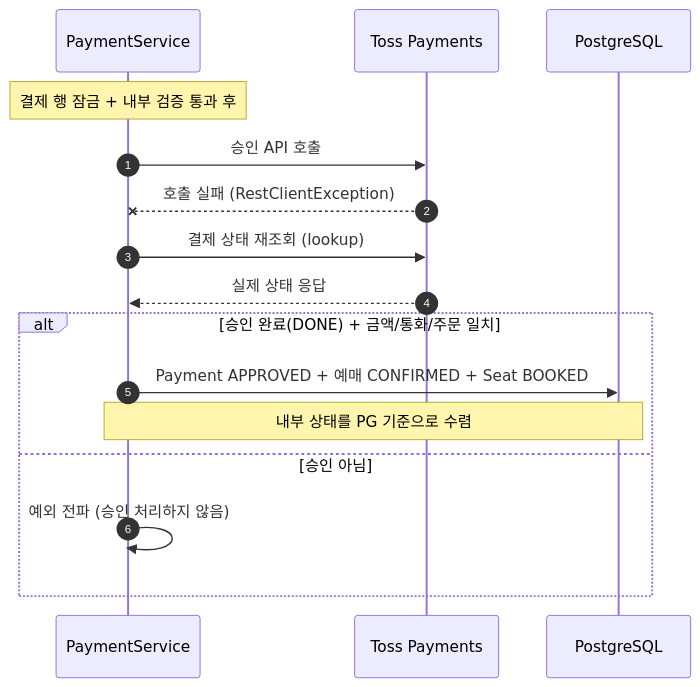
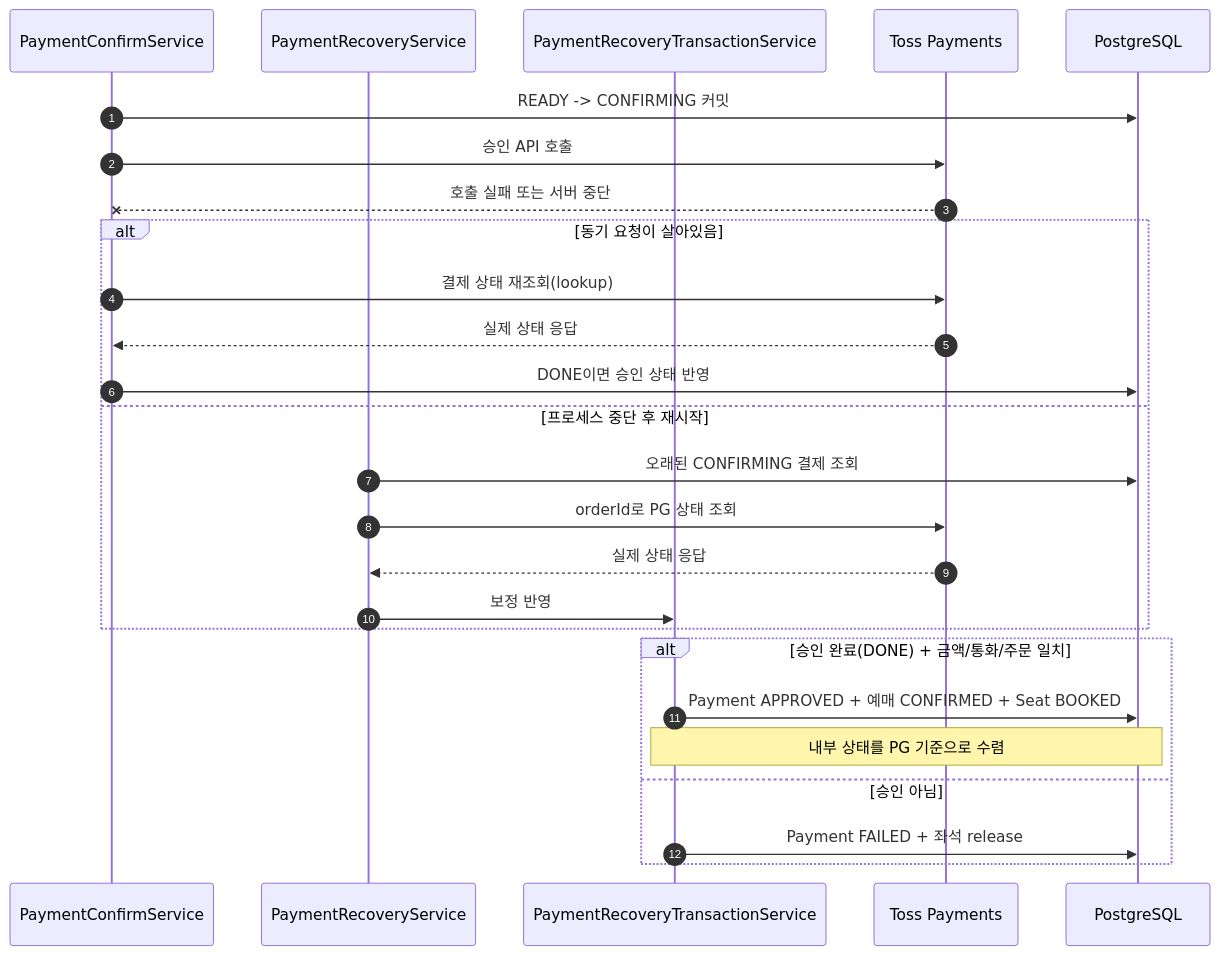
The second of 2 diagrams in README.md (jpjg-dev/ticket_be), drawn with Mermaid before and after one commit. The commit also changed other lines of this file and 8 other files, not shown here.

````diff
--- a/README.md
+++ b/README.md
@@ -139,20 +145,30 @@
 ```mermaid
 sequenceDiagram
     autonumber
-    participant Payment as PaymentService
+    participant Confirm as PaymentConfirmService
+    participant Recovery as PaymentRecoveryService
+    participant Tx as PaymentRecoveryTransactionService
     participant Toss as Toss Payments
     participant DB as PostgreSQL
 
-    Note over Payment: 결제 행 잠금 + 내부 검증 통과 후
-    Payment->>Toss: 승인 API 호출
-    Toss--xPayment: 호출 실패 (RestClientException)
-    Payment->>Toss: 결제 상태 재조회 (lookup)
-    Toss-->>Payment: 실제 상태 응답
+    Confirm->>DB: READY -> CONFIRMING 커밋
+    Confirm->>Toss: 승인 API 호출
+    Toss--xConfirm: 호출 실패 또는 서버 중단
+    alt 동기 요청이 살아있음
+        Confirm->>Toss: 결제 상태 재조회(lookup)
+        Toss-->>Confirm: 실제 상태 응답
+        Confirm->>DB: DONE이면 승인 상태 반영
+    else 프로세스 중단 후 재시작
+        Recovery->>DB: 오래된 CONFIRMING 결제 조회
+        Recovery->>Toss: orderId로 PG 상태 조회
+        Toss-->>Recovery: 실제 상태 응답
+        Recovery->>Tx: 보정 반영
+    end
 
     alt 승인 완료(DONE) + 금액/통화/주문 일치
-        Payment->>DB: Payment APPROVED + 예매 CONFIRMED + Seat BOOKED
-        Note over Payment,DB: 내부 상태를 PG 기준으로 수렴
+        Tx->>DB: Payment APPROVED + 예매 CONFIRMED + Seat BOOKED
+        Note over Tx,DB: 내부 상태를 PG 기준으로 수렴
     else 승인 아님
-        Payment->>Payment: 예외 전파 (승인 처리하지 않음)
+        Tx->>DB: Payment FAILED + 좌석 release
     end
 ```
````
